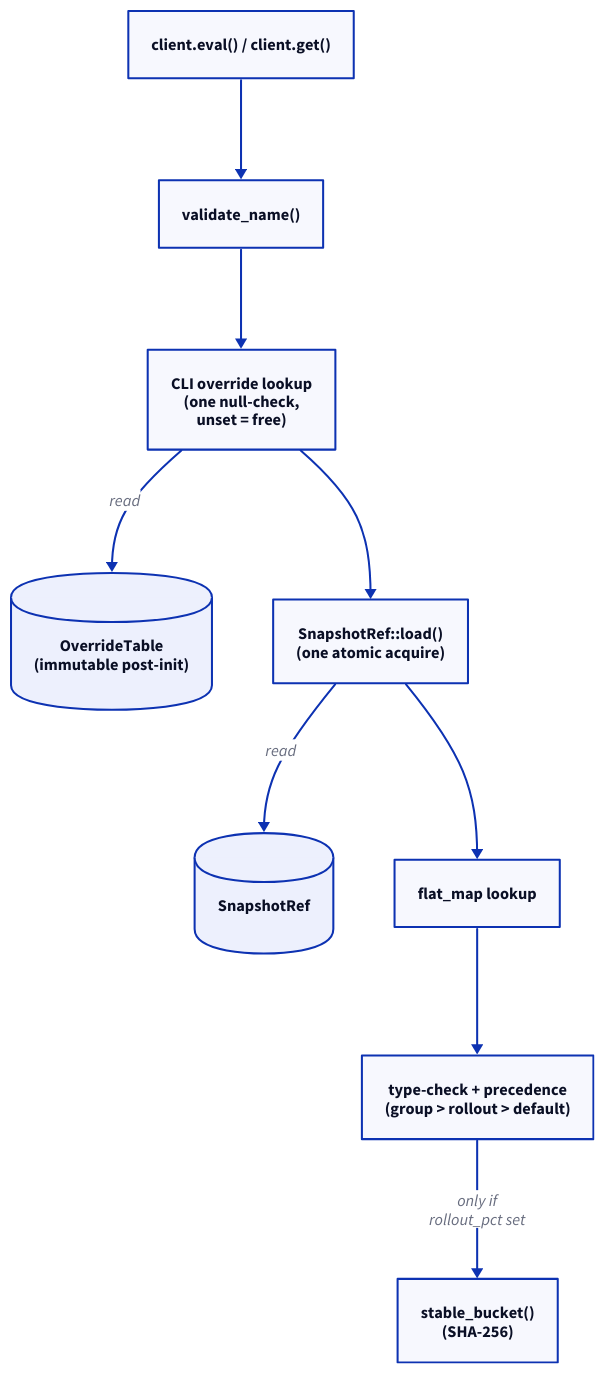
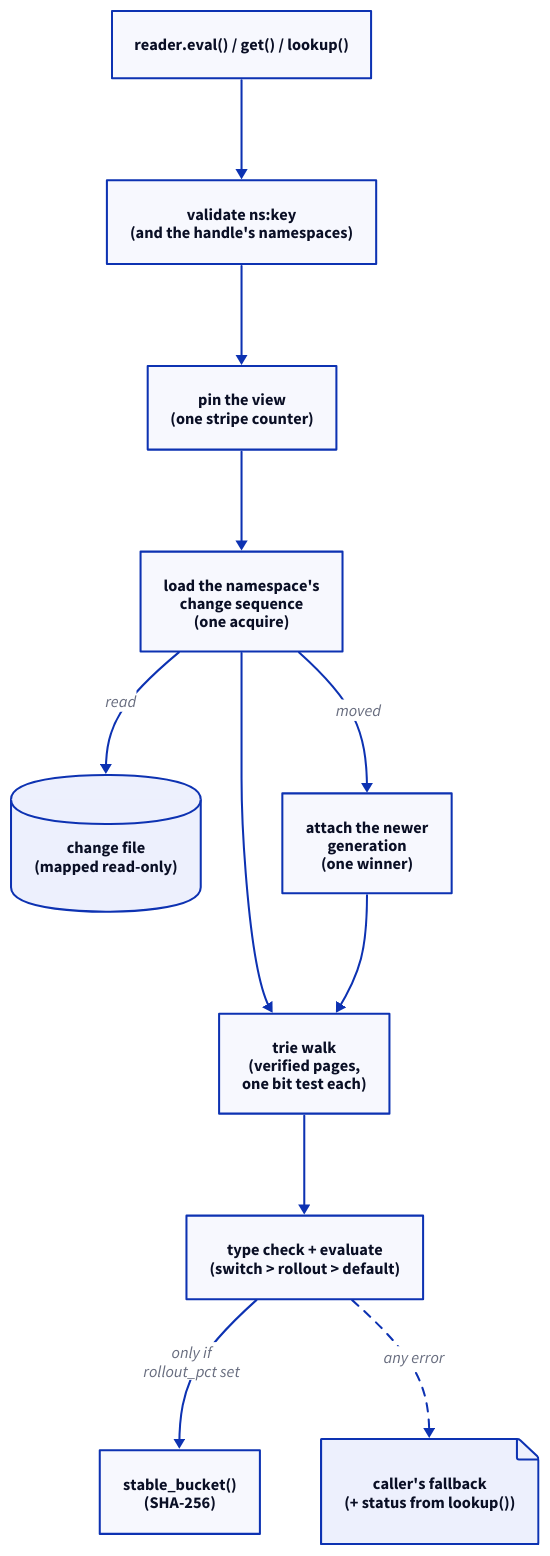
One commit to Kronuz/Detent changed the diagram in diagrams/04_read_path.d2. Above: the diagram before and after it, drawn with D2. The commit also changed 94 other files, not shown here.

```diff
--- a/diagrams/04_read_path.d2
+++ b/diagrams/04_read_path.d2
@@ -1,44 +1,52 @@
-# Section 6: the read path. One flow, top to bottom -- no branching
-# except the two entry points (eval/get) which converge immediately.
+# The read path through libdetent_reader. One flow, top to bottom: the
+# three entry points converge, and any error returns the caller's fallback.
 direction: down
 
-app: "client.eval() / client.get()" {
+app: "reader.eval() / get() / lookup()" {
   shape: rectangle
 }
 
-validate: validate_name() {
+validate: "validate ns:key\n(and the handle's namespaces)" {
   shape: rectangle
 }
 
-override: CLI override lookup\n(one null-check,\nunset = free) {
+pin: "pin the view\n(one stripe counter)" {
   shape: rectangle
 }
 
-overrides_store: OverrideTable\n(immutable post-init) {
+sequence: "load the namespace's\nchange sequence\n(one acquire)" {
+  shape: rectangle
+}
+
+change: change file\n(mapped read-only) {
   shape: cylinder
 }
 
-load: SnapshotRef::load()\n(one atomic acquire) {
+attach: "attach the newer\ngeneration\n(one winner)" {
   shape: rectangle
 }
 
-snap_store: SnapshotRef {
-  shape: cylinder
-}
-
-lookup: flat_map lookup {
+walk: "trie walk\n(verified pages,\none bit test each)" {
   shape: rectangle
 }
 
-precedence: type-check + precedence\n(group > rollout > default) {
+evaluate: "type check + evaluate\n(switch > rollout > default)" {
   shape: rectangle
 }
 
 hashing: stable_bucket()\n(SHA-256) {
   shape: rectangle
 }
 
-app -> validate -> override -> load -> lookup -> precedence
-override -> overrides_store: "read"
-load -> snap_store: "read"
-precedence -> hashing: "only if\nrollout_pct set"
+fallback: "caller's fallback\n(+ status from lookup())" {
+  shape: page
+}
+
+app -> validate -> pin -> sequence -> walk -> evaluate
+sequence -> change: "read"
+sequence -> attach: "moved"
+attach -> walk
+evaluate -> hashing: "only if\nrollout_pct set"
+evaluate -> fallback: "any error" {
+  style.stroke-dash: 4
+}
```
